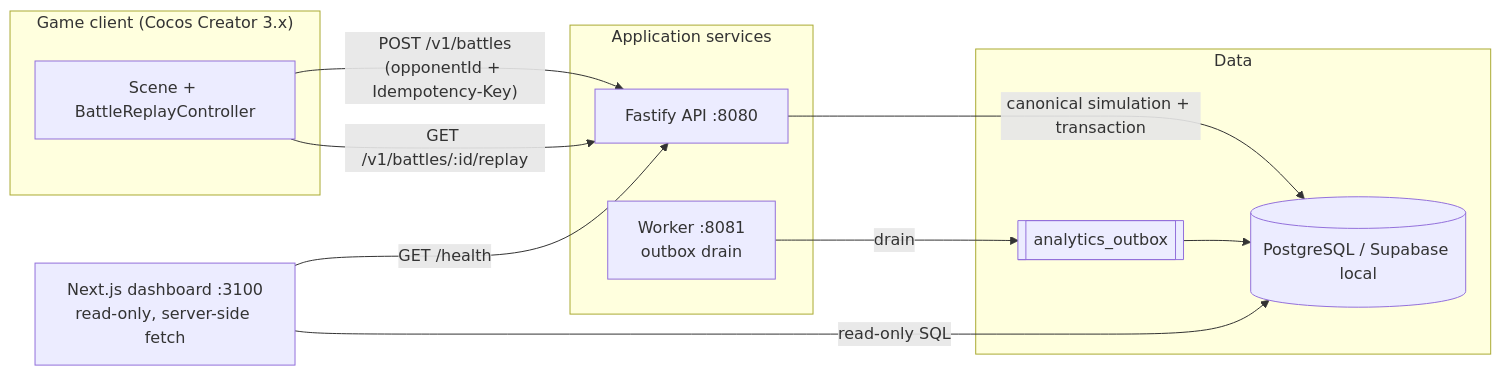
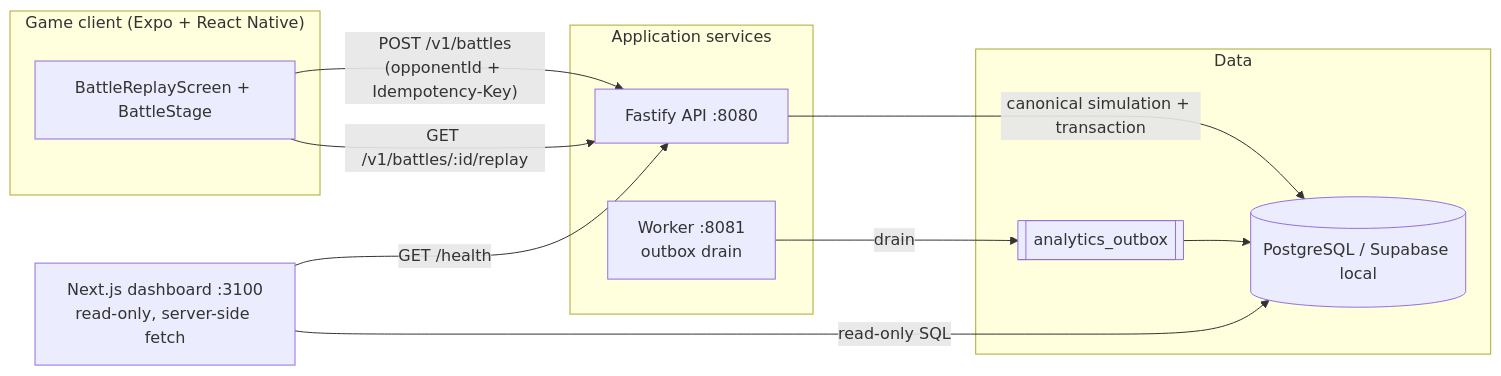
One commit to gassius/botore changed the first of 2 diagrams in docs/architecture/overview.md. Above: the diagram before and after it, drawn with Mermaid. The commit also changed other lines of this file and 20 other files, not shown here.

First line of the commit message:
Replace Cocos Creator with Expo + React Native game client

````diff
--- a/docs/architecture/overview.md
+++ b/docs/architecture/overview.md
@@ -8,22 +8,22 @@
 ```mermaid
 flowchart LR
-    subgraph client["Game client (Cocos Creator 3.x)"]
-        UI[Scene + BattleReplayController]
+    subgraph client["Game client (Expo + React Native)"]
+        UI[BattleReplayScreen + BattleStage]
     end
     subgraph server["Application services"]
         API[Fastify API :8080]
         WORKER[Worker :8081<br/>outbox drain]
     end
     subgraph data["Data"]
         PG[(PostgreSQL / Supabase local)]
         OUTBOX[[analytics_outbox]]
     end
     DASH[Next.js dashboard :3100<br/>read-only, server-side fetch]
 
     UI -- "POST /v1/battles<br/>(opponentId + Idempotency-Key)" --> API
     UI -- "GET /v1/battles/:id/replay" --> API
     API -- "canonical simulation + transaction" --> PG
     WORKER -- "drain" --> OUTBOX --> PG
     DASH -- "read-only SQL" --> PG
     DASH -- "GET /health" --> API
 ```
````
